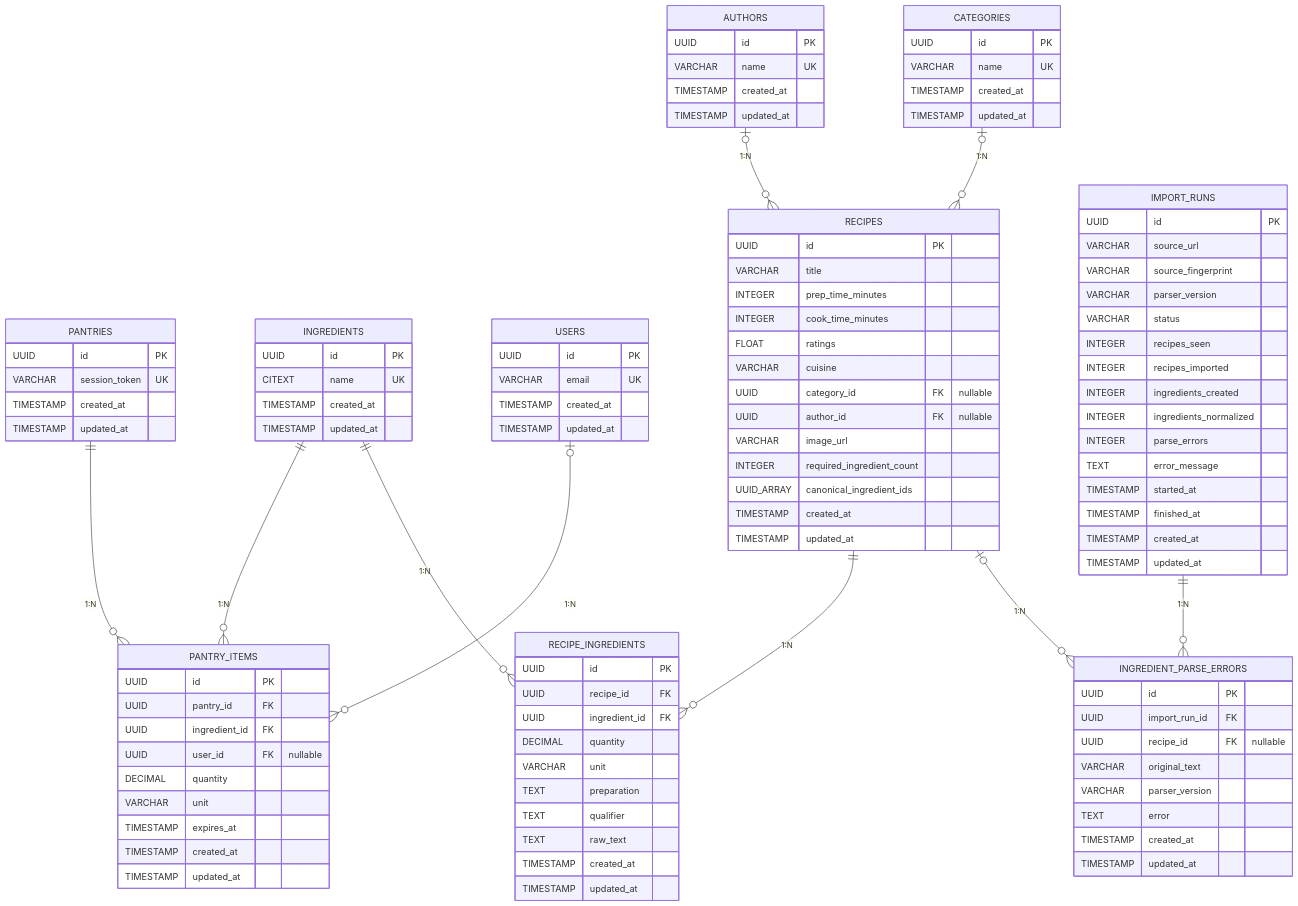
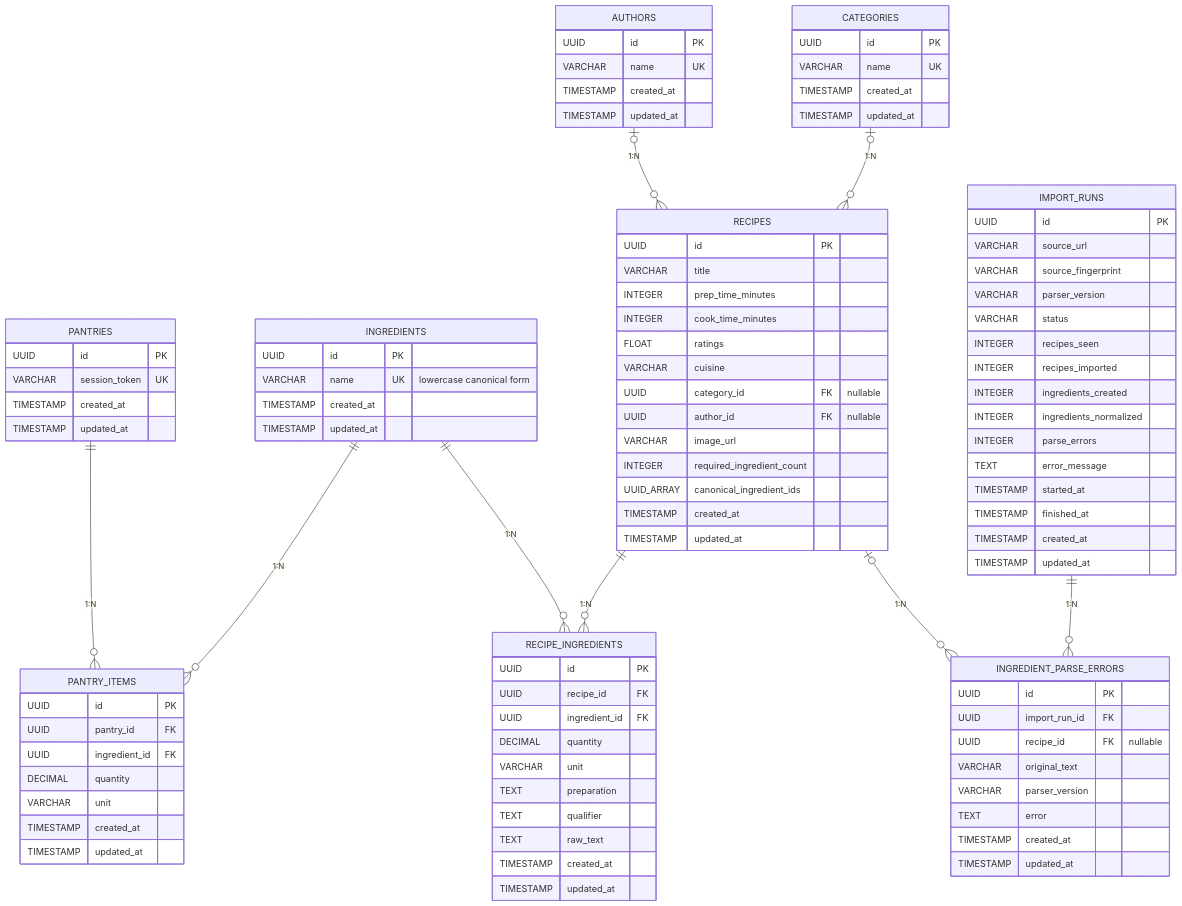
The third of 6 diagrams in backend/README.md (girls-incode/meal-planner), drawn with Mermaid before and after one commit. The commit also changed other lines of this file and 39 other files, not shown here.

```diff
--- a/backend/README.md
+++ b/backend/README.md
@@ -312,7 +236,6 @@
 erDiagram
   PANTRIES ||--o{ PANTRY_ITEMS : "1:N"
   INGREDIENTS ||--o{ PANTRY_ITEMS : "1:N"
-  USERS o|--o{ PANTRY_ITEMS : "1:N"
 
   RECIPES ||--o{ RECIPE_INGREDIENTS : "1:N"
   INGREDIENTS ||--o{ RECIPE_INGREDIENTS : "1:N"
@@ -333,17 +256,8 @@
     UUID id PK
     UUID pantry_id FK
     UUID ingredient_id FK
-    UUID user_id FK "nullable"
     DECIMAL quantity
     VARCHAR unit
-    TIMESTAMP expires_at
-    TIMESTAMP created_at
-    TIMESTAMP updated_at
-  }
-
-  USERS {
-    UUID id PK
-    VARCHAR email UK
     TIMESTAMP created_at
     TIMESTAMP updated_at
   }
@@ -380,7 +294,7 @@
 
   INGREDIENTS {
     UUID id PK
-    CITEXT name UK
+    VARCHAR name UK "lowercase canonical form"
     TIMESTAMP created_at
     TIMESTAMP updated_at
   }
```
